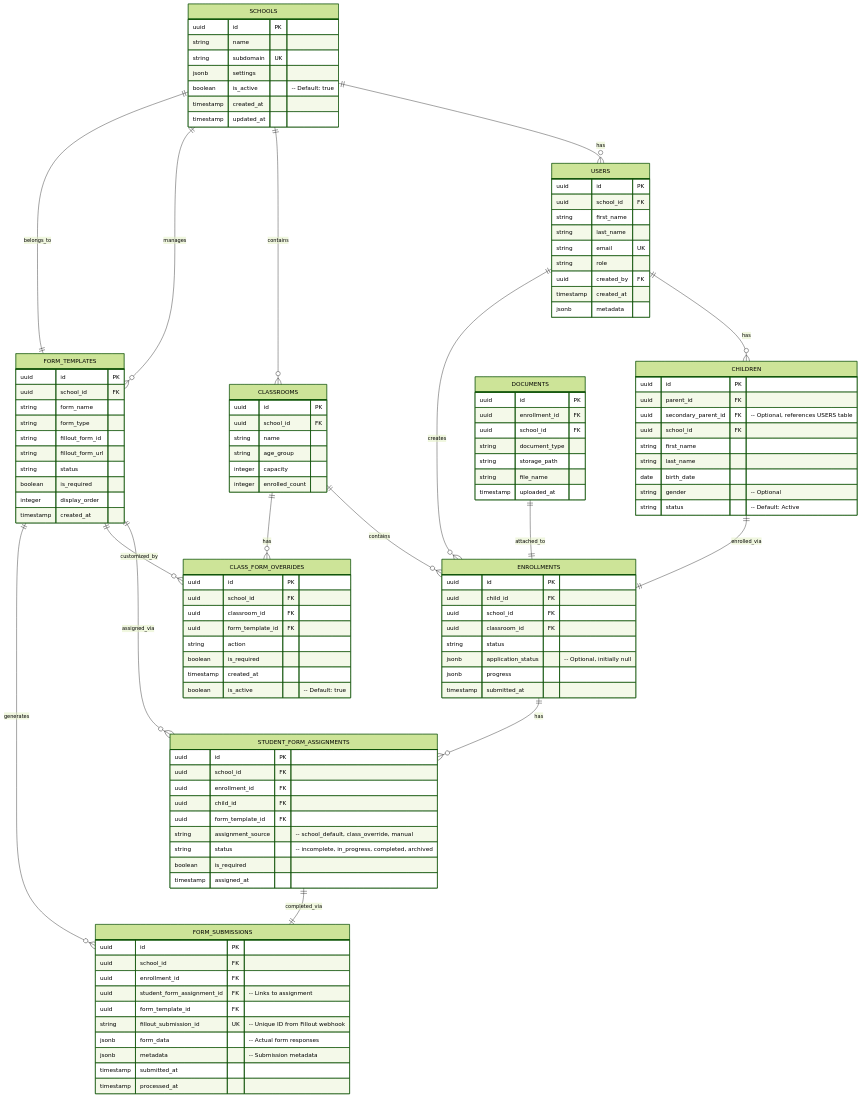
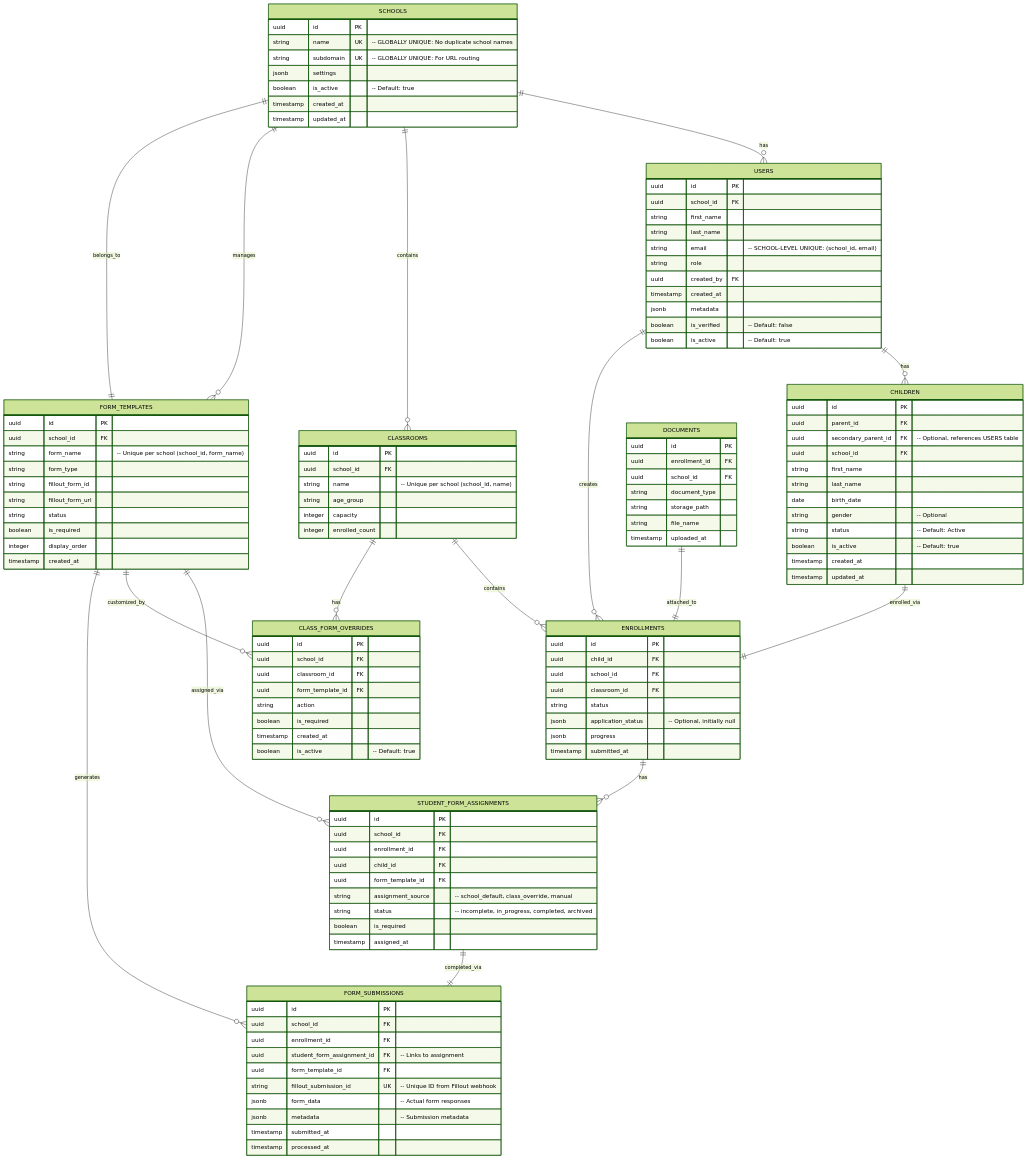
One commit to arjavatech/goddard_rust_pack changed the third of 27 diagrams in docs/System_Architecture_Design.md. Above: the diagram before and after it, drawn with Mermaid (forest theme). The commit also changed other lines of this file and 6 other files, not shown here.

```diff
--- a/docs/System_Architecture_Design.md
+++ b/docs/System_Architecture_Design.md
@@ -156,14 +163,14 @@
     SCHOOLS ||--o{ FORM_TEMPLATES : manages
     SCHOOLS {
         uuid id PK
-        string name
-        string subdomain UK
+        string name UK "-- GLOBALLY UNIQUE: No duplicate school names"
+        string subdomain UK "-- GLOBALLY UNIQUE: For URL routing"
         jsonb settings
         boolean is_active "-- Default: true"
         timestamp created_at
         timestamp updated_at
     }
-    
+
     USERS ||--o{ CHILDREN : has
     USERS ||--o{ ENROLLMENTS : creates
     USERS {
@@ -171,11 +178,13 @@
         uuid school_id FK
         string first_name
         string last_name
-        string email UK
+        string email "-- SCHOOL-LEVEL UNIQUE: (school_id, email)"
         string role
         uuid created_by FK
         timestamp created_at
         jsonb metadata
+        boolean is_verified "-- Default: false"
+        boolean is_active "-- Default: true"
     }
 
     CHILDREN ||--|| ENROLLMENTS : enrolled_via
@@ -189,6 +198,9 @@
         date birth_date
         string gender "-- Optional"
         string status "-- Default: Active"
+        boolean is_active "-- Default: true"
+        timestamp created_at
+        timestamp updated_at
     }
     
     ENROLLMENTS ||--o{ STUDENT_FORM_ASSIGNMENTS : has
@@ -210,7 +222,7 @@
     FORM_TEMPLATES {
         uuid id PK
         uuid school_id FK
-        string form_name
+        string form_name "-- Unique per school (school_id, form_name)"
         string form_type
         string fillout_form_id
         string fillout_form_url
@@ -225,7 +237,7 @@
     CLASSROOMS {
         uuid id PK
         uuid school_id FK
-        string name
+        string name "-- Unique per school (school_id, name)"
         string age_group
         integer capacity
         integer enrolled_count
```
